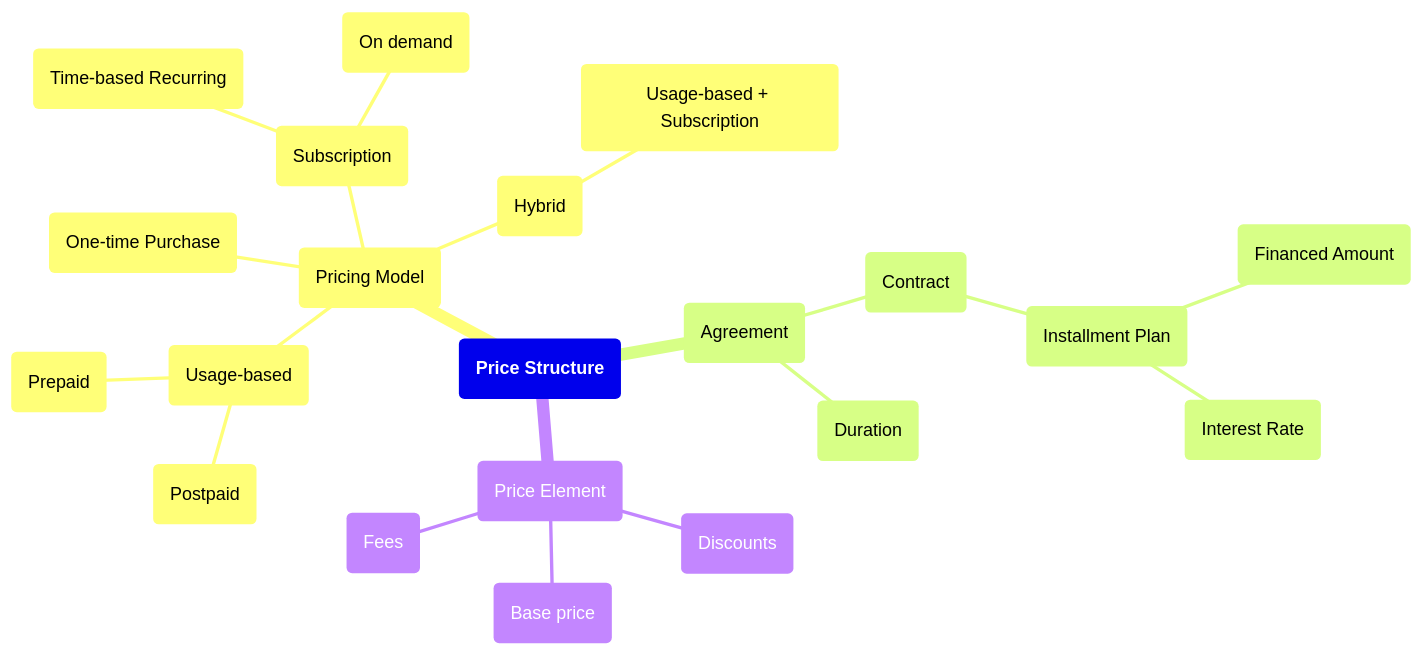
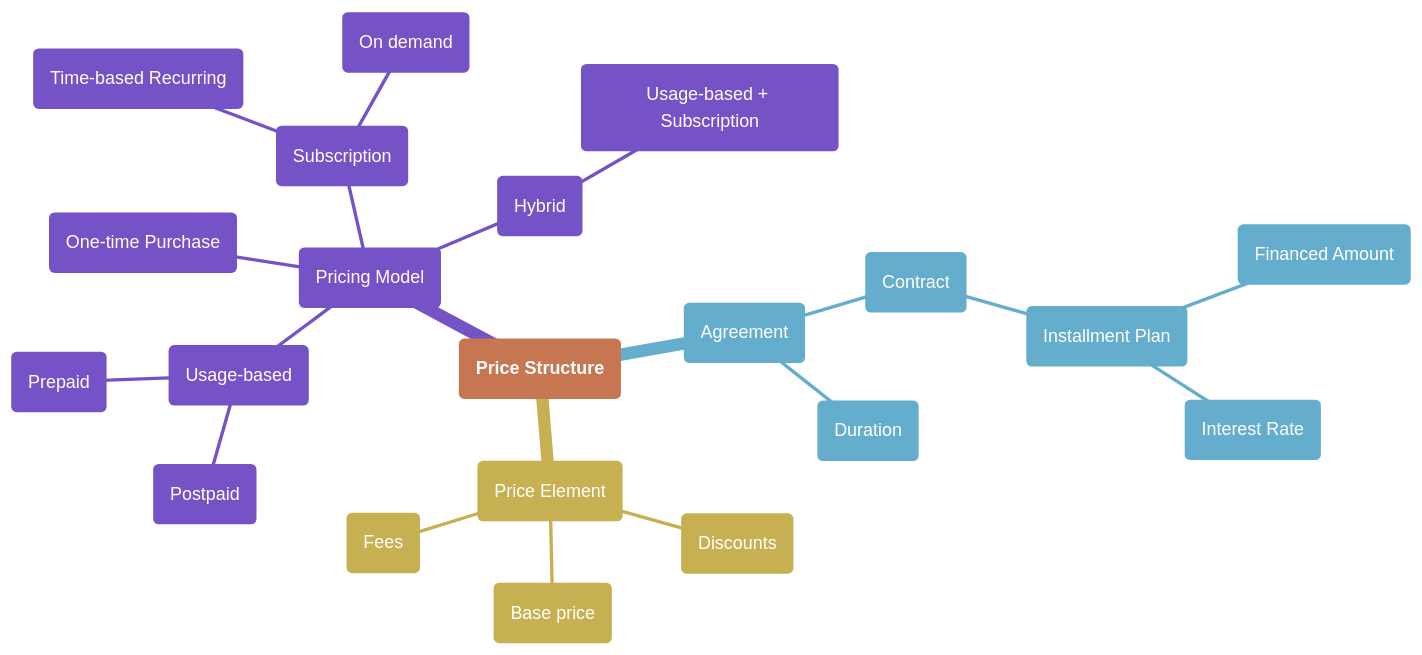
Before and after one commit to philip-mohsen/telecom: the fourth of 4 diagrams in docs/mindmaps.md, drawn with Mermaid. The commit also changed other lines of this file, not shown here.

````diff
--- a/docs/mindmaps.md
+++ b/docs/mindmaps.md
@@ -137,24 +159,34 @@
 ```mermaid
+%%{
+    init:{
+        "theme": "base",
+        "themeVariables": {
+            "primaryColor": "#e6c2b2",
+            "primaryTextColor": "#fff",
+            "fontFamily": 'Roboto,sans-serif'
+        }
+    }
+}%%
 mindmap
 (**Price Structure**)
     (Pricing Model)
         (Usage-based)
             (Postpaid)
             (Prepaid)
         (Subscription)
             (Time-based Recurring)
             (On demand)
         (Hybrid)
             (Usage-based + Subscription)
         (One-time Purchase)
     (Agreement)
         (Contract)
             (Installment Plan)
                 (Financed Amount)
                 (Interest Rate)
         (Duration)
     (Price Element)
         (Base price)
         (Discounts)
         (Fees)
 ```
````
